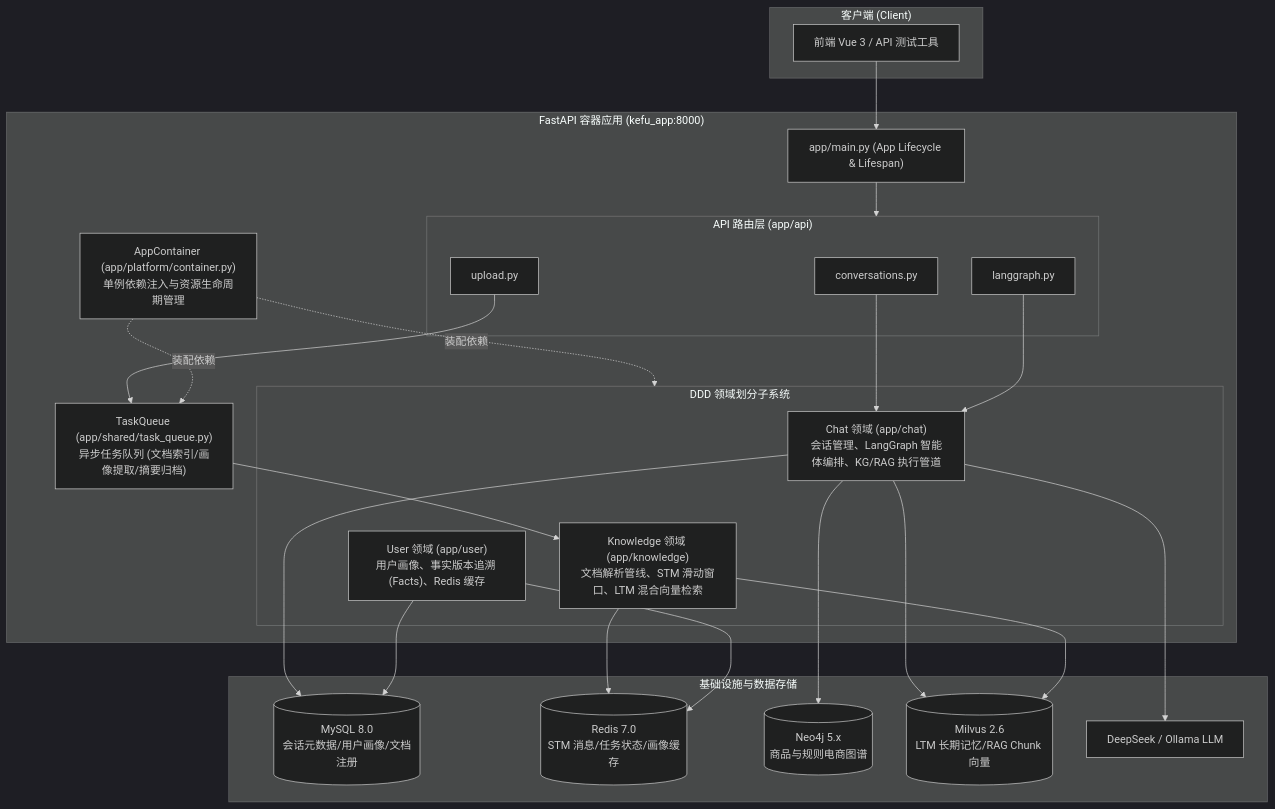
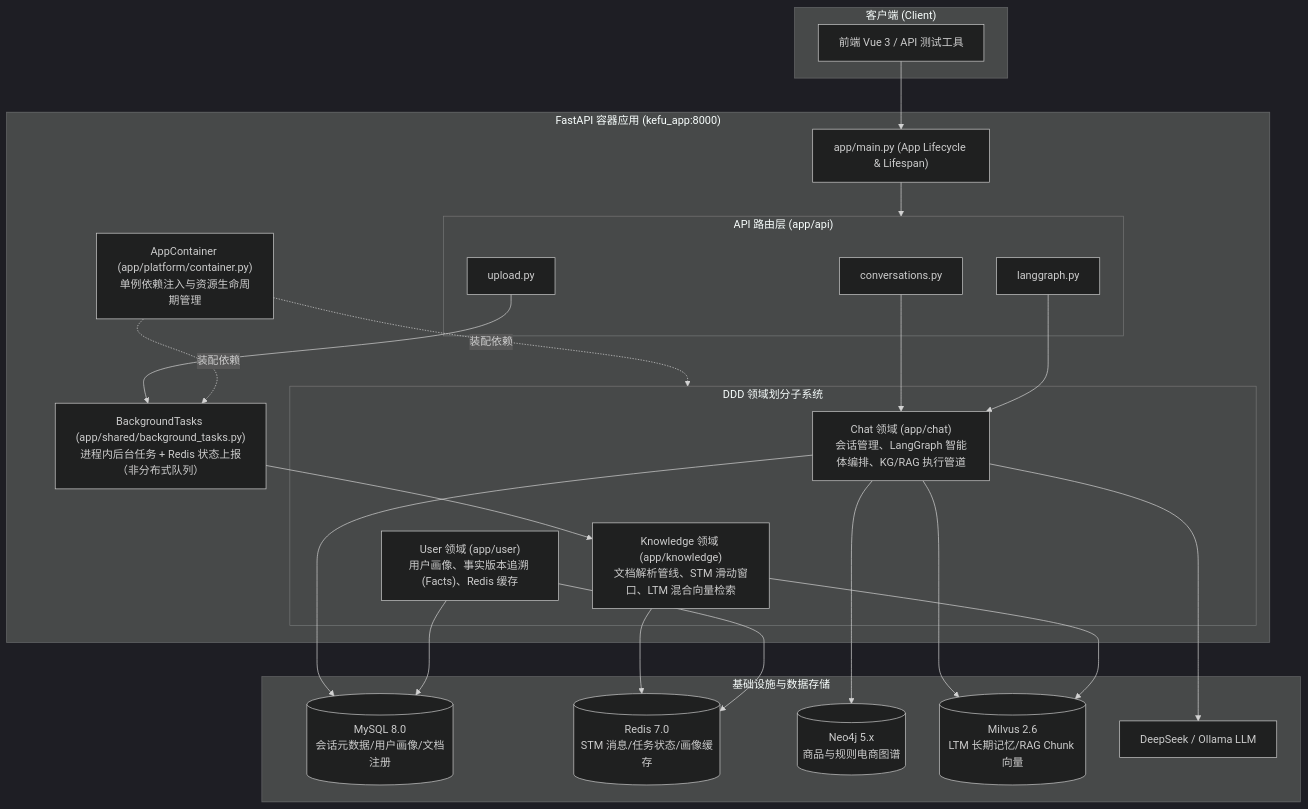
One commit to bitladykiller/- changed the diagram in docs/modules/01-系统总览.md. Above: the diagram before and after it, drawn with Mermaid (dark theme). The commit also changed other lines of this file and 10 other files, not shown here.

````diff
--- a/docs/modules/01-系统总览.md
+++ b/docs/modules/01-系统总览.md
@@ -53,43 +53,43 @@
 ```mermaid
 flowchart TB
     subgraph ClientLayer["客户端 (Client)"]
         FE["前端 Vue 3 / API 测试工具"]
     end
 
     subgraph FastAPIApp["FastAPI 容器应用 (kefu_app:8000)"]
         Main["app/main.py (App Lifecycle & Lifespan)"]
         
         subgraph APIRoutes["API 路由层 (app/api)"]
             ConvAPI["conversations.py"]
             UploadAPI["upload.py"]
             SSEAPI["langgraph.py"]
         end
 
         subgraph DDDDomains["DDD 领域划分子系统"]
             ChatDomain["Chat 领域 (app/chat)\n会话管理、LangGraph 智能体编排、KG/RAG 执行管道"]
             KnowDomain["Knowledge 领域 (app/knowledge)\n文档解析管线、STM 滑动窗口、LTM 混合向量检索"]
             UserDomain["User 领域 (app/user)\n用户画像、事实版本追溯 (Facts)、Redis 缓存"]
         end
 
         Container["AppContainer (app/platform/container.py)\n单例依赖注入与资源生命周期管理"]
-        TaskQueue["TaskQueue (app/shared/task_queue.py)\n异步任务队列 (文档索引/画像提取/摘要归档)"]
+        TaskQueue["BackgroundTasks (app/shared/background_tasks.py)\n进程内后台任务 + Redis 状态上报（非分布式队列）"]
     end
 
     subgraph StorageInfra["基础设施与数据存储"]
         MySQL[(MySQL 8.0\n会话元数据/用户画像/文档注册)]
         Redis[(Redis 7.0\nSTM 消息/任务状态/画像缓存)]
         Neo4j[(Neo4j 5.x\n商品与规则电商图谱)]
         Milvus[(Milvus 2.6\nLTM 长期记忆/RAG Chunk 向量)]
         LLMProvider[DeepSeek / Ollama LLM]
     end
 
     FE --> Main
     Main --> APIRoutes
     ConvAPI --> ChatDomain --> MySQL
     UploadAPI --> TaskQueue --> KnowDomain
     SSEAPI --> ChatDomain --> DDDDomains
     ChatDomain --> Neo4j & Milvus & LLMProvider
     KnowDomain --> Redis & Milvus
     UserDomain --> MySQL & Redis
     Container -.->|装配依赖| DDDDomains & TaskQueue
 ```
````
